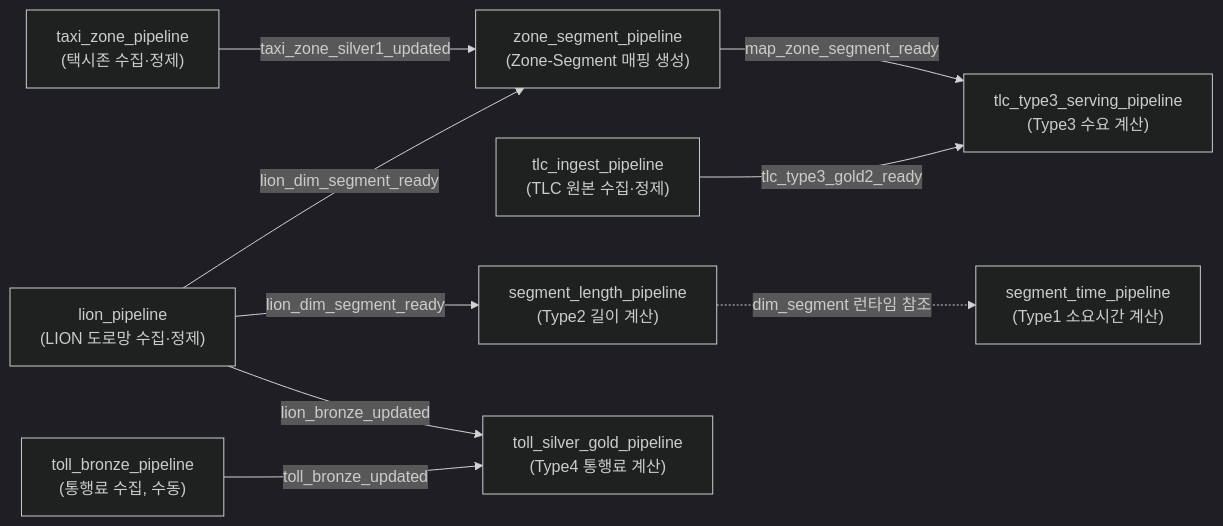
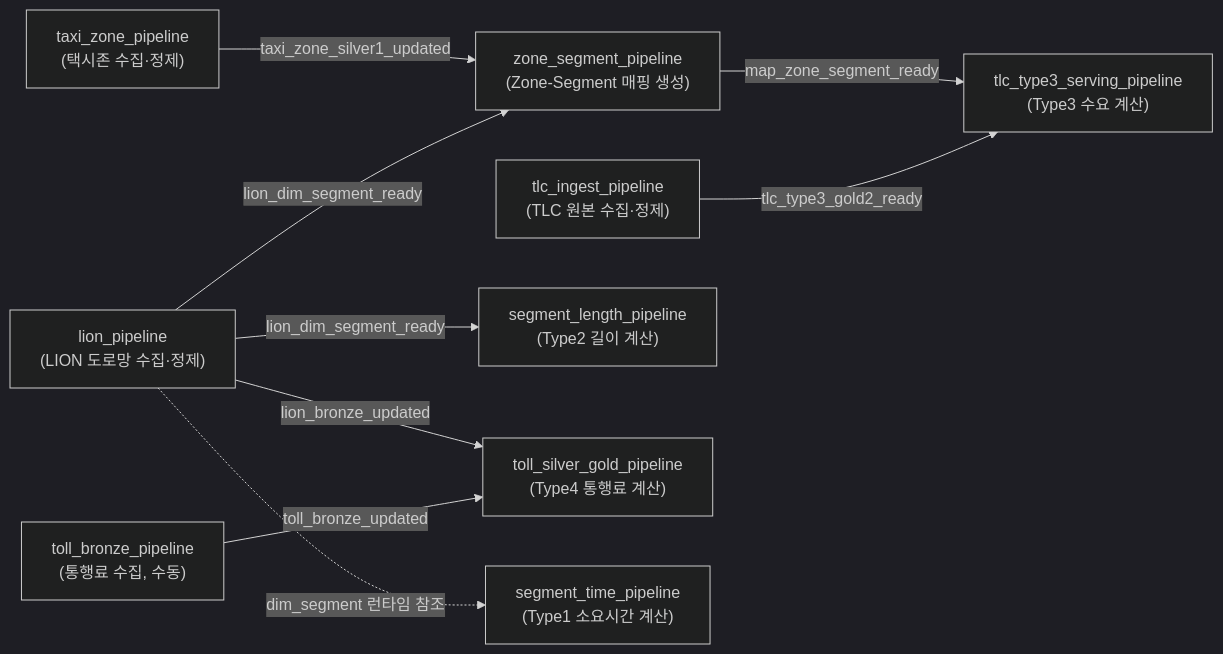
The diagram in README.md (everyday6/api_project), drawn with Mermaid (dark theme) before and after one commit. The commit also changed other lines of this file, not shown here.

Commit message:
docs: DAG 다이어그램 런타임 참조 화살표 출처 수정(lion_pipeline), 노드 배치 순서 조정

````diff
--- a/README.md
+++ b/README.md
@@ -160,23 +160,23 @@
 ```mermaid
 graph LR
-    zone["taxi_zone_pipeline<br/>(택시존 수집·정제)"]
+    tlcIngest["tlc_ingest_pipeline<br/>(TLC 원본 수집·정제)"]
     lion["lion_pipeline<br/>(LION 도로망 수집·정제)"]
     tollb["toll_bronze_pipeline<br/>(통행료 수집, 수동)"]
-    tlcIngest["tlc_ingest_pipeline<br/>(TLC 원본 수집·정제)"]
+    zone["taxi_zone_pipeline<br/>(택시존 수집·정제)"]
 
     zs["zone_segment_pipeline<br/>(Zone-Segment 매핑 생성)"]
     t2["segment_length_pipeline<br/>(Type2 길이 계산)"]
     t4["toll_silver_gold_pipeline<br/>(Type4 통행료 계산)"]
 
     t3["tlc_type3_serving_pipeline<br/>(Type3 수요 계산)"]
     t1["segment_time_pipeline<br/>(Type1 소요시간 계산)"]
 
     zone -->|taxi_zone_silver1_updated| zs
     lion -->|lion_dim_segment_ready| zs
     lion -->|lion_dim_segment_ready| t2
     lion -->|lion_bronze_updated| t4
     tollb -->|toll_bronze_updated| t4
     zs -->|map_zone_segment_ready| t3
     tlcIngest -->|tlc_type3_gold2_ready| t3
-    t2 -.->|dim_segment 런타임 참조| t1
+    lion -.->|dim_segment 런타임 참조| t1
 ```
````
